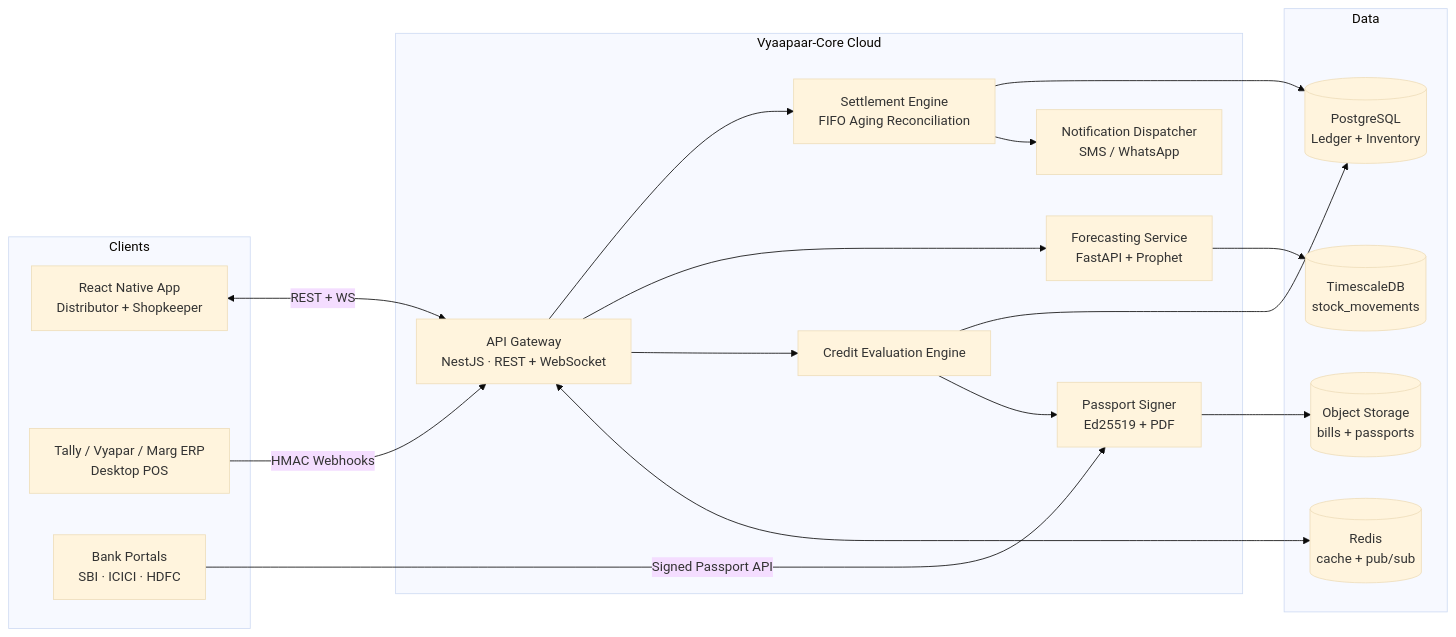
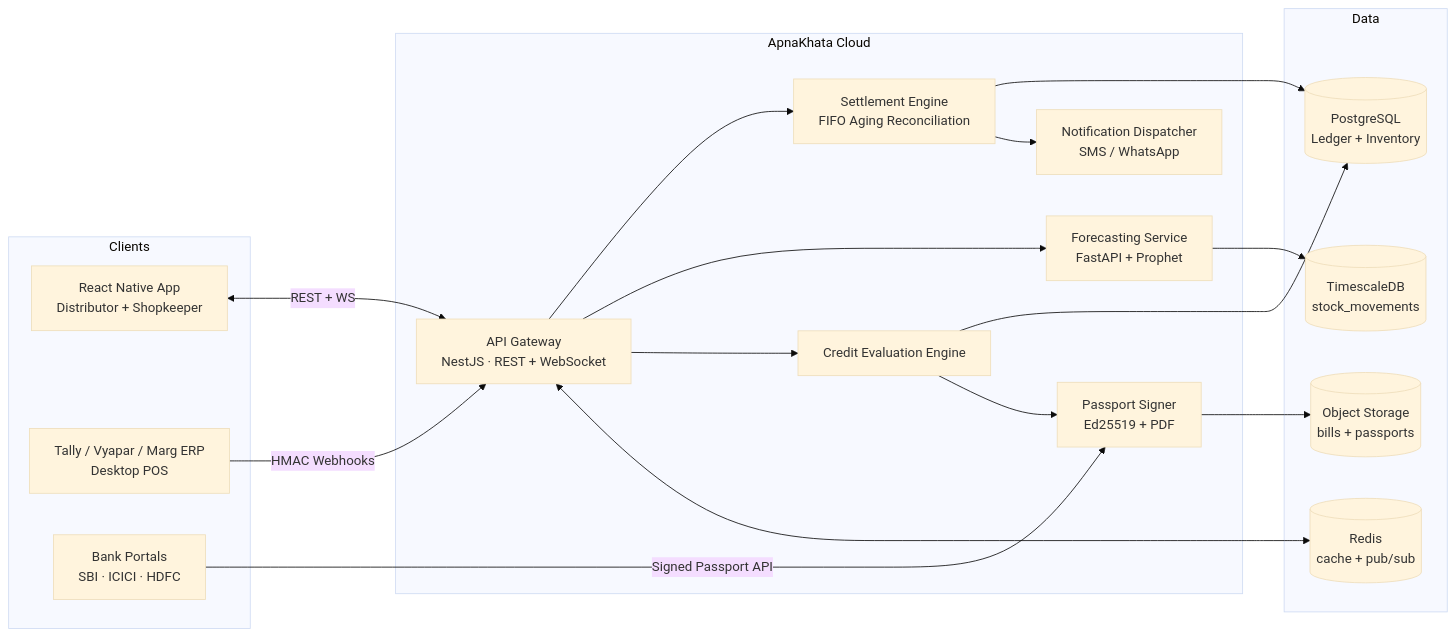
One commit to Abhay2993/ApnaKhata changed the diagram in docs/ARCHITECTURE.md. Above: the diagram before and after it, drawn with Mermaid (base theme). The commit also changed other lines of this file and 5 other files, not shown here.

First line of the commit message:
Rename app from Vyaapaar-Core to ApnaKhata

````diff
--- a/docs/ARCHITECTURE.md
+++ b/docs/ARCHITECTURE.md
@@ -25,34 +25,34 @@
 ```mermaid
 flowchart LR
     subgraph Clients
         RN[React Native App<br/>Distributor + Shopkeeper]
         ERP[Tally / Vyapar / Marg ERP<br/>Desktop POS]
         BANK[Bank Portals<br/>SBI · ICICI · HDFC]
     end
 
-    subgraph Core["Vyaapaar-Core Cloud"]
+    subgraph Core["ApnaKhata Cloud"]
         GW[API Gateway<br/>NestJS · REST + WebSocket]
         SETTLE[Settlement Engine<br/>FIFO Aging Reconciliation]
         FC[Forecasting Service<br/>FastAPI + Prophet]
         CREDIT[Credit Evaluation Engine]
         PASS[Passport Signer<br/>Ed25519 + PDF]
         NOTIF[Notification Dispatcher<br/>SMS / WhatsApp]
     end
 
     subgraph Data
         PG[(PostgreSQL<br/>Ledger + Inventory)]
         TS[(TimescaleDB<br/>stock_movements)]
         REDIS[(Redis<br/>cache + pub/sub)]
         S3[(Object Storage<br/>bills + passports)]
     end
 
     RN <-->|REST + WS| GW
     ERP -->|HMAC Webhooks| GW
     BANK -->|Signed Passport API| PASS
     GW --> SETTLE --> PG
     SETTLE --> NOTIF
     GW --> FC --> TS
     GW --> CREDIT --> PG
     CREDIT --> PASS --> S3
     GW <--> REDIS
 ```
````
